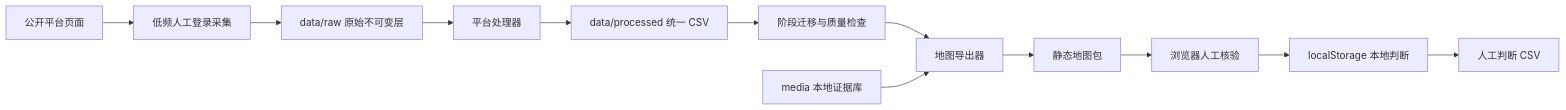
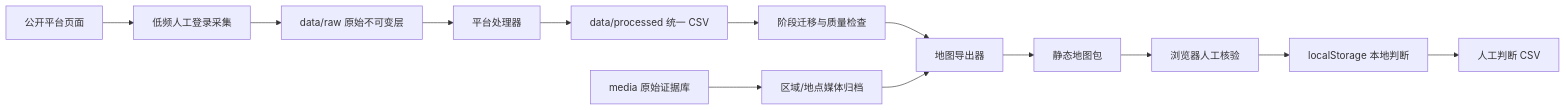
The first of 2 diagrams in docs/system_design.md (TalentHou-1998/east-lake-aquatic-phenology), drawn with Mermaid before and after one commit. The commit also changed other lines of this file and 11 other files, not shown here.

````diff
--- a/docs/system_design.md
+++ b/docs/system_design.md
@@ -28,14 +28,15 @@
 ```mermaid
 flowchart LR
     A[公开平台页面] --> B[低频人工登录采集]
     B --> C[data/raw 原始不可变层]
     C --> D[平台处理器]
     D --> E[data/processed 统一 CSV]
     E --> F[阶段迁移与质量检查]
     F --> G[地图导出器]
-    H[media 本地证据库] --> G
+    H[media 原始证据库] --> M[区域/地点媒体归档]
+    M --> G
     G --> I[静态地图包]
     I --> J[浏览器人工核验]
     J --> K[localStorage 本地判断]
     K --> L[人工判断 CSV]
 ```
````
